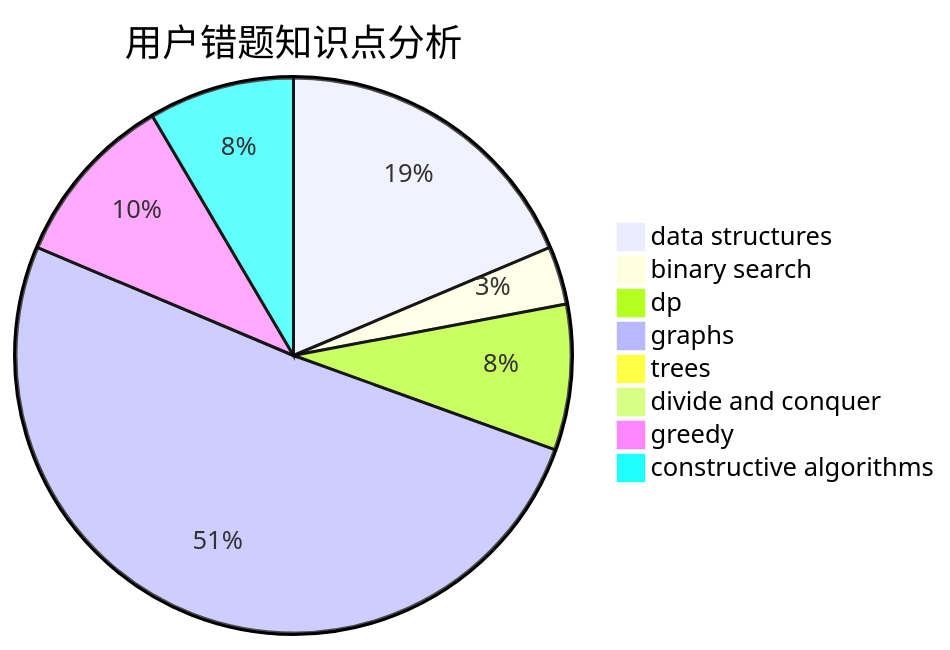
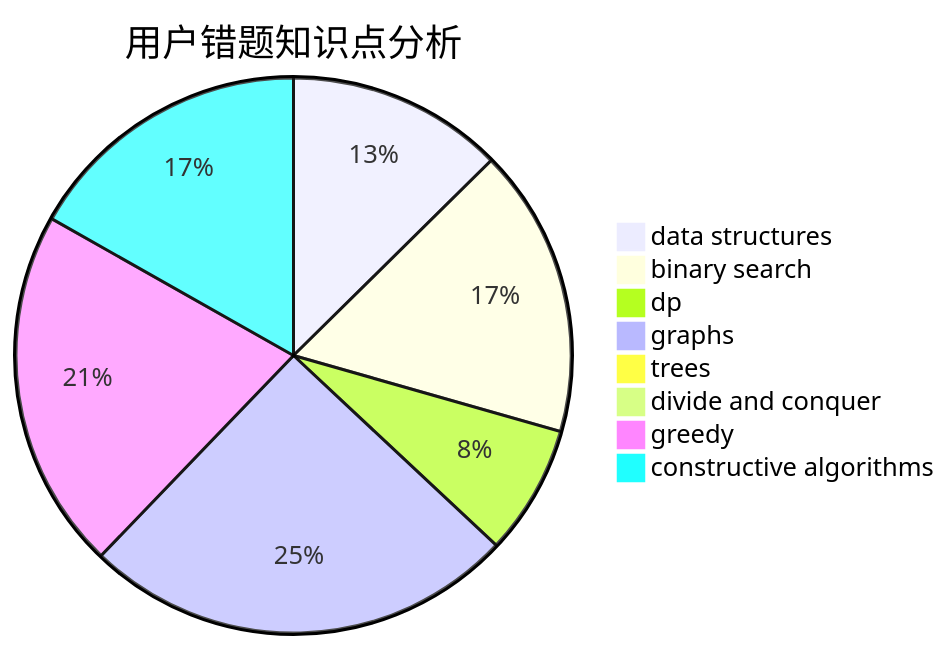
Before and after one commit to sherpahu/cfrs.github.io: the third of 3 diagrams in docs/user/u677.md, drawn with Mermaid. The commit also changed other lines of this file and 2770 other files, not shown here.

````diff
--- a/docs/user/u677.md
+++ b/docs/user/u677.md
@@ -36,11 +36,11 @@
 ```mermaid
 pie title 用户错题知识点分析
-    "data structures" :  11
-    "binary search" :  2
-    "dp" :  5
+    "data structures" :  15
+    "binary search" :  20
+    "dp" :  9
     "graphs" :  30
     "trees" :  0
     "divide and conquer" :  0
-    "greedy" :  6
-    "constructive algorithms" :  5
+    "greedy" :  25
+    "constructive algorithms" :  20
 ```
````
